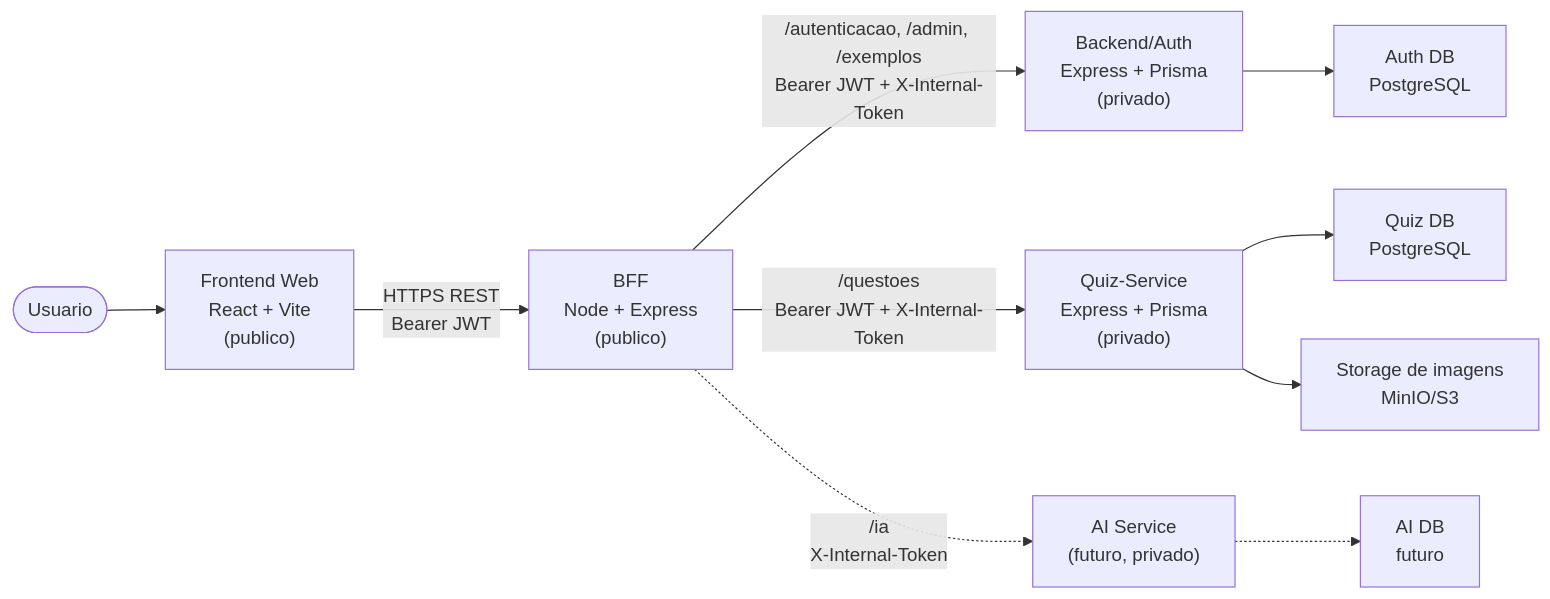
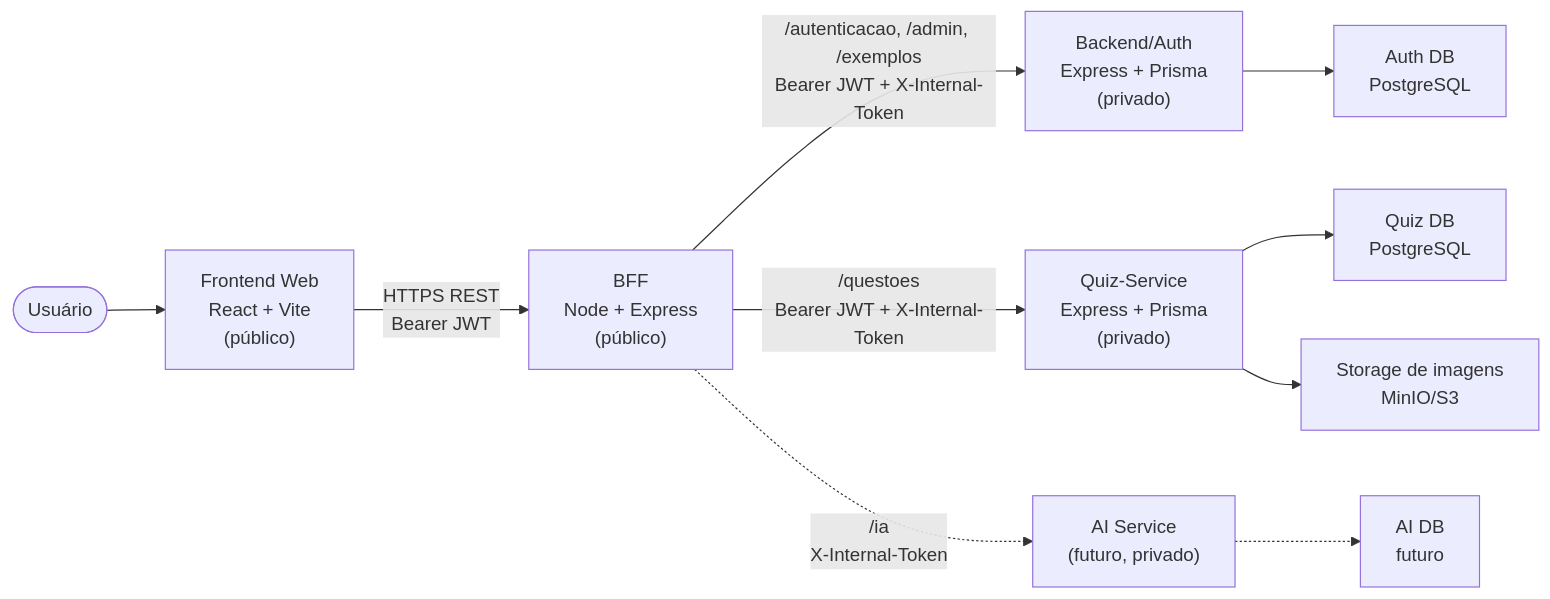
The diagram in docs/arquitetura/visao_geral.md (fga-eps-mds/2026-1-AnatoQuizUp-Doc), drawn with Mermaid before and after one commit. The commit also changed other lines of this file and 8 other files, not shown here.

````diff
--- a/docs/arquitetura/visao_geral.md
+++ b/docs/arquitetura/visao_geral.md
@@ -13,23 +13,23 @@
 ```mermaid
 flowchart LR
-    user(["Usuario"])
-    web["Frontend Web<br/>React + Vite<br/>(publico)"]
-    bff["BFF<br/>Node + Express<br/>(publico)"]
+    user(["Usuário"])
+    web["Frontend Web<br/>React + Vite<br/>(público)"]
+    bff["BFF<br/>Node + Express<br/>(público)"]
     auth["Backend/Auth<br/>Express + Prisma<br/>(privado)"]
     quiz["Quiz-Service<br/>Express + Prisma<br/>(privado)"]
     ai["AI Service<br/>(futuro, privado)"]
     authDb["Auth DB<br/>PostgreSQL"]
     quizDb["Quiz DB<br/>PostgreSQL"]
     aiDb["AI DB<br/>futuro"]
     storage["Storage de imagens<br/>MinIO/S3"]
 
     user --> web
     web -->|"HTTPS REST<br/>Bearer JWT"| bff
     bff -->|"/autenticacao, /admin, /exemplos<br/>Bearer JWT + X-Internal-Token"| auth
     bff -->|"/questoes<br/>Bearer JWT + X-Internal-Token"| quiz
     bff -.->|"/ia<br/>X-Internal-Token"| ai
     auth --> authDb
     quiz --> quizDb
     quiz --> storage
     ai -.-> aiDb
 ```
````
